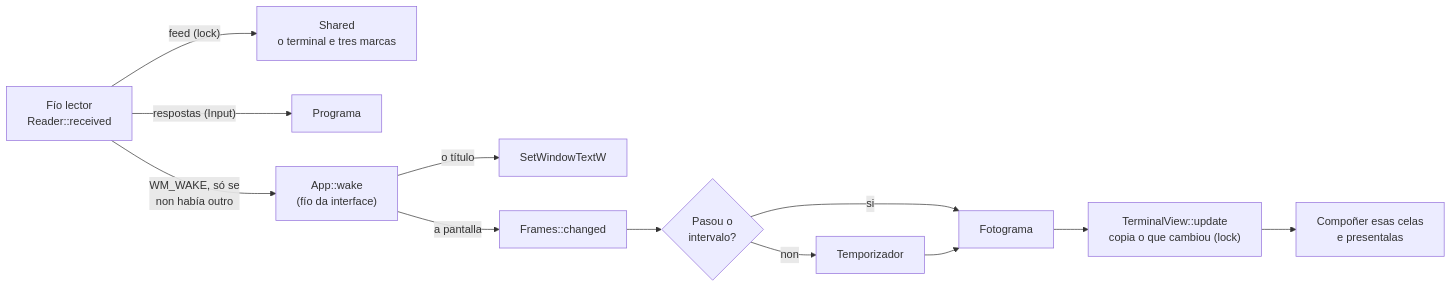
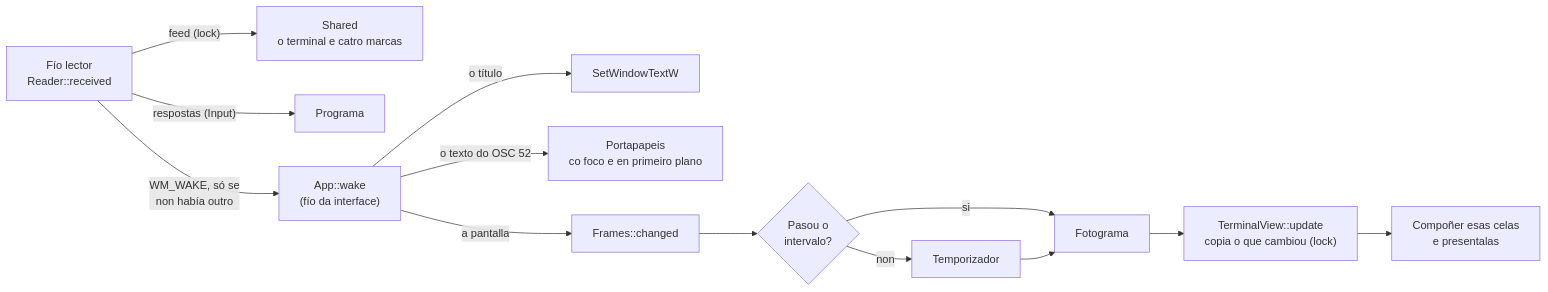
One commit to NewHouses/meiga changed the fifth of 12 diagrams in docs/arquitectura.md. Above: the diagram before and after it, drawn with Mermaid. The commit also changed other lines of this file and 36 other files, not shown here.

````diff
--- a/docs/arquitectura.md
+++ b/docs/arquitectura.md
@@ -139,14 +140,15 @@
 ```mermaid
 flowchart LR
-    reader["Fío lector<br/>Reader::received"] -- "feed (lock)" --> shared["Shared<br/>o terminal e tres marcas"]
+    reader["Fío lector<br/>Reader::received"] -- "feed (lock)" --> shared["Shared<br/>o terminal e catro marcas"]
     reader -- "respostas (Input)" --> program["Programa"]
     reader -- "WM_WAKE, só se<br/>non había outro" --> wake["App::wake<br/>(fío da interface)"]
     wake -- "o título" --> title["SetWindowTextW"]
+    wake -- "o texto do OSC 52" --> clip["Portapapeis<br/>co foco e en primeiro plano"]
     wake -- "a pantalla" --> frames["Frames::changed"]
     frames --> pacer{"Pasou o<br/>intervalo?"}
     pacer -- "si" --> frame["Fotograma"]
     pacer -- "non" --> timer["Temporizador"]
     timer --> frame
     frame --> update["TerminalView::update<br/>copia o que cambiou (lock)"]
     update --> draw["Compoñer esas celas<br/>e presentalas"]
 ```
````
